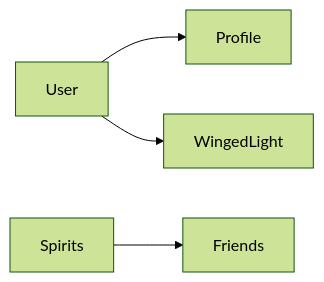
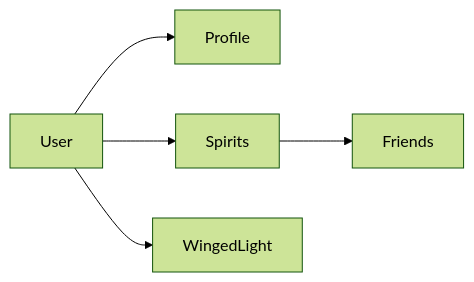
Before and after one commit to Newbclharri/django_sky: the diagram in README.md, drawn with Mermaid (forest theme).

````diff
--- a/README.md
+++ b/README.md
@@ -51,6 +51,7 @@
 ```mermaid
 flowchart LR
   User-->Profile
+  User-->Spirits-->Friends
   User-->WingedLight
-  Spirits-->Friends
+  
 ```
````
